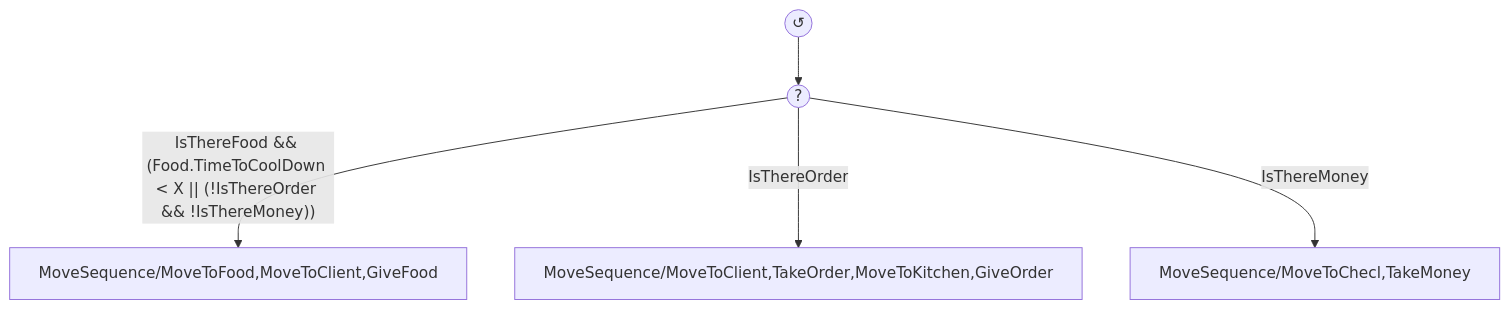
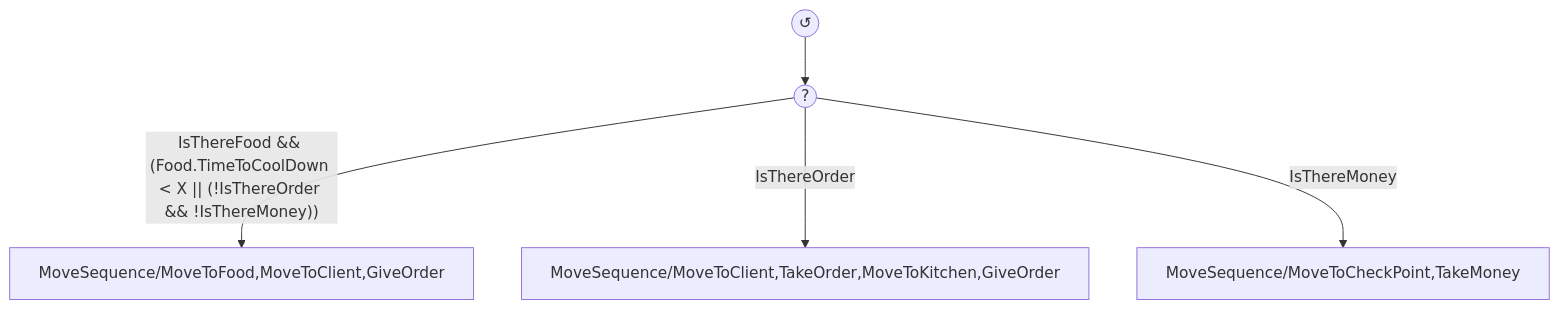
Before and after one commit to LauraWangQiu/IAV24-WangQiu: the first of 5 diagrams in README.md, drawn with Mermaid. The commit also changed other lines of this file and 14 other files, not shown here.

````diff
--- a/README.md
+++ b/README.md
@@ -54,7 +46,7 @@
 ```mermaid
 flowchart TD
     A(("↺")) --> B((?))
-    B -->|"IsThereFood && (Food.TimeToCoolDown < X || (!IsThereOrder && !IsThereMoney))"| C[MoveSequence/MoveToFood,MoveToClient,GiveFood]
+    B -->|"IsThereFood && (Food.TimeToCoolDown < X || (!IsThereOrder && !IsThereMoney))"| C[MoveSequence/MoveToFood,MoveToClient,GiveOrder]
     B -->|"IsThereOrder"| D[MoveSequence/MoveToClient,TakeOrder,MoveToKitchen,GiveOrder]
-    B -->|"IsThereMoney"| E[MoveSequence/MoveToChecl,TakeMoney]
+    B -->|"IsThereMoney"| E[MoveSequence/MoveToCheckPoint,TakeMoney]
 ```
````
